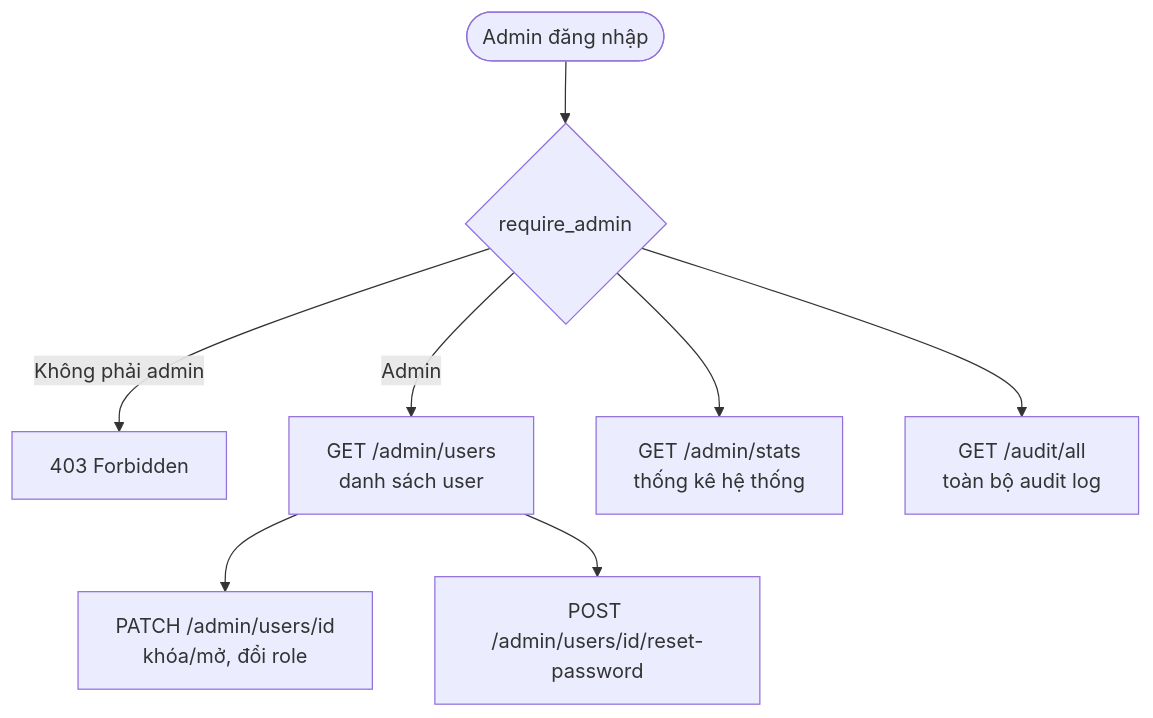
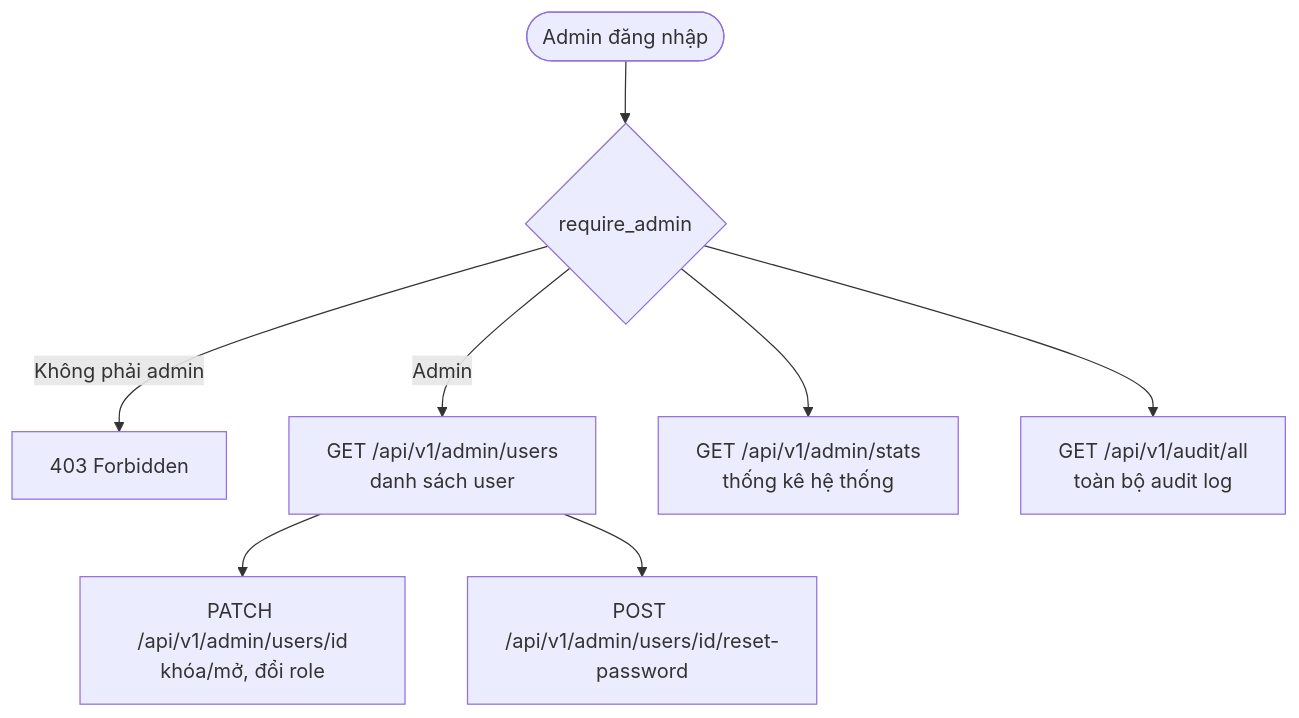
One commit to 2431540234-arch/clean-data changed diagram 12 of 15 in data-cleaning-platform/docs/flow-diagram.md. Above: the diagram before and after it, drawn with Mermaid. The commit also changed other lines of this file and 6 other files, not shown here.

````diff
--- a/data-cleaning-platform/docs/flow-diagram.md
+++ b/data-cleaning-platform/docs/flow-diagram.md
@@ -281,10 +353,10 @@
 ```mermaid
 flowchart TD
     A([Admin đăng nhập]) --> B{require_admin}
     B -- Không phải admin --> X[403 Forbidden]
-    B -- Admin --> C[GET /admin/users<br/>danh sách user]
-    C --> D[PATCH /admin/users/id<br/>khóa/mở, đổi role]
-    C --> E[POST /admin/users/id/reset-password]
-    B --> F[GET /admin/stats<br/>thống kê hệ thống]
-    B --> G[GET /audit/all<br/>toàn bộ audit log]
+    B -- Admin --> C[GET /api/v1/admin/users<br/>danh sách user]
+    C --> D[PATCH /api/v1/admin/users/id<br/>khóa/mở, đổi role]
+    C --> E[POST /api/v1/admin/users/id/reset-password]
+    B --> F[GET /api/v1/admin/stats<br/>thống kê hệ thống]
+    B --> G[GET /api/v1/audit/all<br/>toàn bộ audit log]
 ```
````
